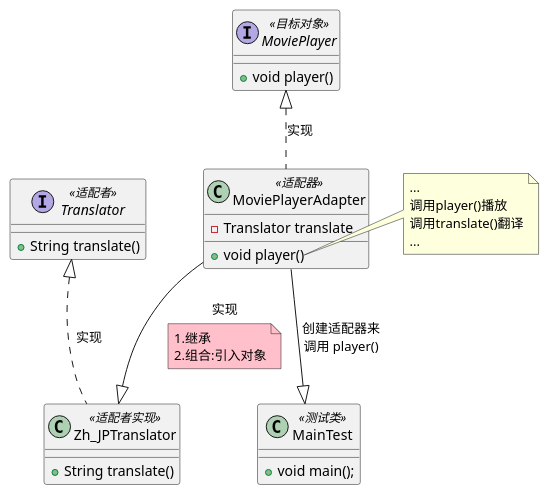
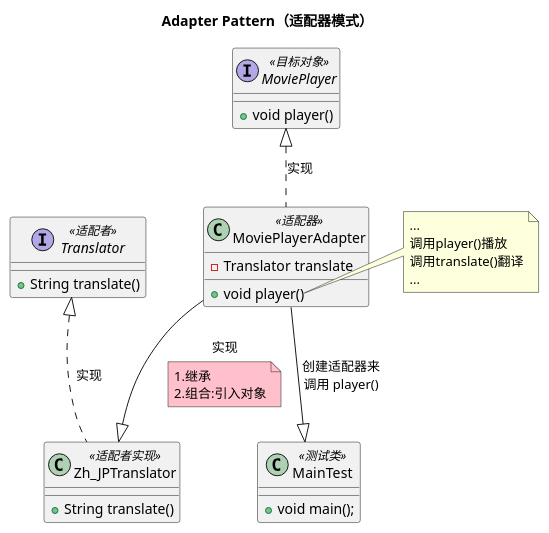
Before and after one commit to pipicop-ahri/Seraphine: the diagram in design-patterns/src/main/java/com/design/structure/adapter/adapter.puml, drawn with PlantUML. The commit also changed 39 other files, not shown here.

Commit message:
add 1.Bridge Pattern 2.Facade Pattern 3.Proxy Pattern 4.Adapter Pattern 5.Decorator Pattern 6.Composite Pattern

```diff
--- a/design-patterns/src/main/java/com/design/structure/adapter/adapter.puml
+++ b/design-patterns/src/main/java/com/design/structure/adapter/adapter.puml
@@ -1,41 +1,41 @@
 @startuml
-
+title Adapter Pattern（适配器模式）
 interface MoviePlayer<<目标对象>>{
     + void player()
 }
 interface Translator<<适配者>>{
     + String translate()
 }
 class MoviePlayerAdapter<<适配器>> {
     - {field} Translator translate
     + {method} void player()
 }
 
 class Zh_JPTranslator<<适配者实现>> {
     + String translate()
 }
 
 class MainTest<<测试类>> {
     + void main();
 }
 
 MoviePlayer <|..    MoviePlayerAdapter : 实现
 Translator  <|..    Zh_JPTranslator : 实现
 MoviePlayerAdapter --|>  Zh_JPTranslator : 实现
 note on link #pink : 1.继承\n2.组合:引入对象
 MoviePlayerAdapter --|> MainTest : 创建适配器来\n调用 player()
 note right of MoviePlayerAdapter::"player()"
     ...
     调用player()播放
     调用translate()翻译
     ...
 end note
 '
 'note as common
 '适配器模式：联接两个不同接口之间适配的桥梁
 '
 '目标对象  A 接口：MoviePlayer：电影播放器
 '适配者	B 接口：Translate：字幕翻译。
 '器适配器	MoviePlayerAdapter：兼容 A、B 接口，在播放电影的同时，还要翻译字幕"
 'end note
 @enduml
```
